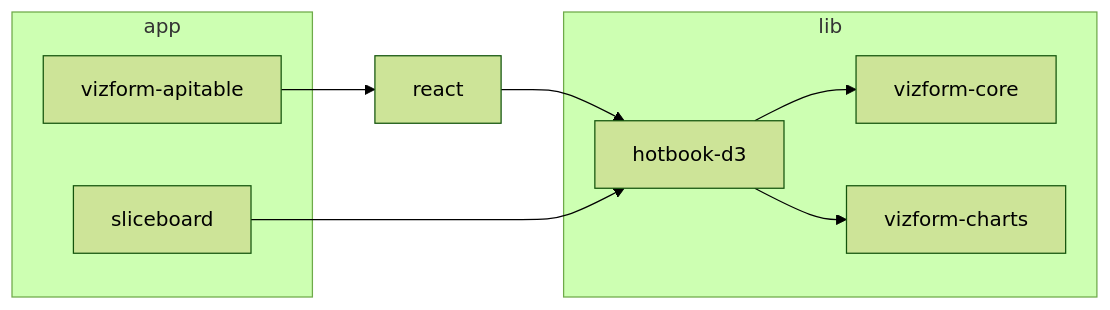
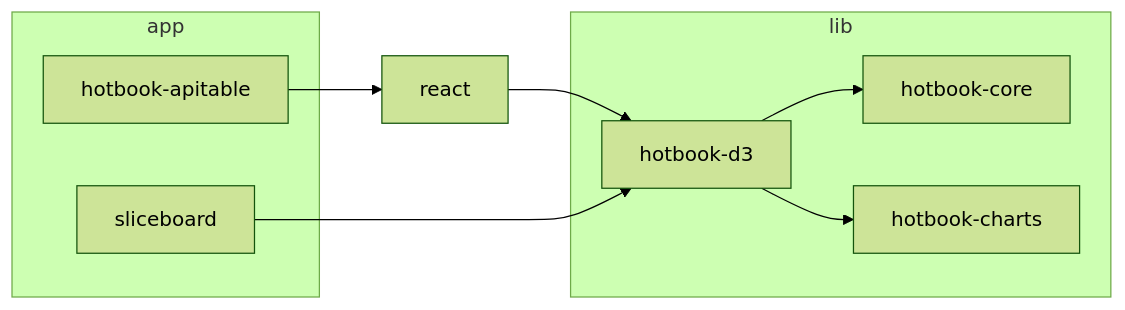
One commit to WinstonFassett/hotbook changed the diagram in README.md. Above: the diagram before and after it, drawn with Mermaid (forest theme). The commit also changed other lines of this file and 44 other files, not shown here.

Commit message:
chore: fully replace vizform -> hotbook

````diff
--- a/README.md
+++ b/README.md
@@ -9,18 +9,18 @@
 ```mermaid
 graph LR
   subgraph lib["lib"]
-    core["vizform-core"]
-    charts["vizform-charts"]
+    core["hotbook-core"]
+    charts["hotbook-charts"]
     vanilla["hotbook-d3"]
   end
   subgraph app["app"]
-    apitable["vizform-apitable"]
+    apitable["hotbook-apitable"]
     sliceboard["sliceboard"]
   end
 
   vanilla --> core
   vanilla --> charts
   react --> vanilla
   apitable --> react
   sliceboard --> vanilla
 ```
````
